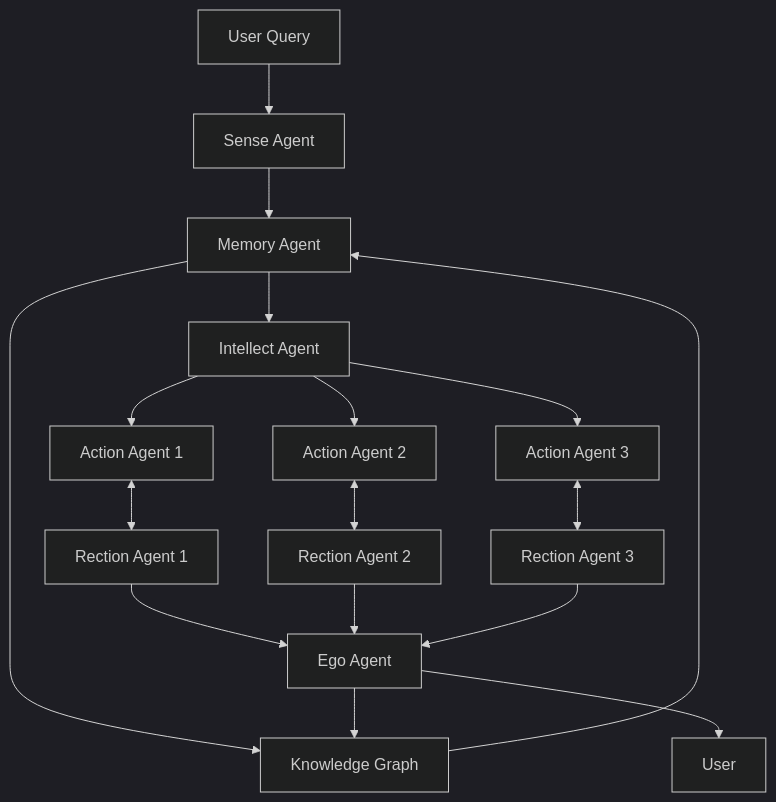
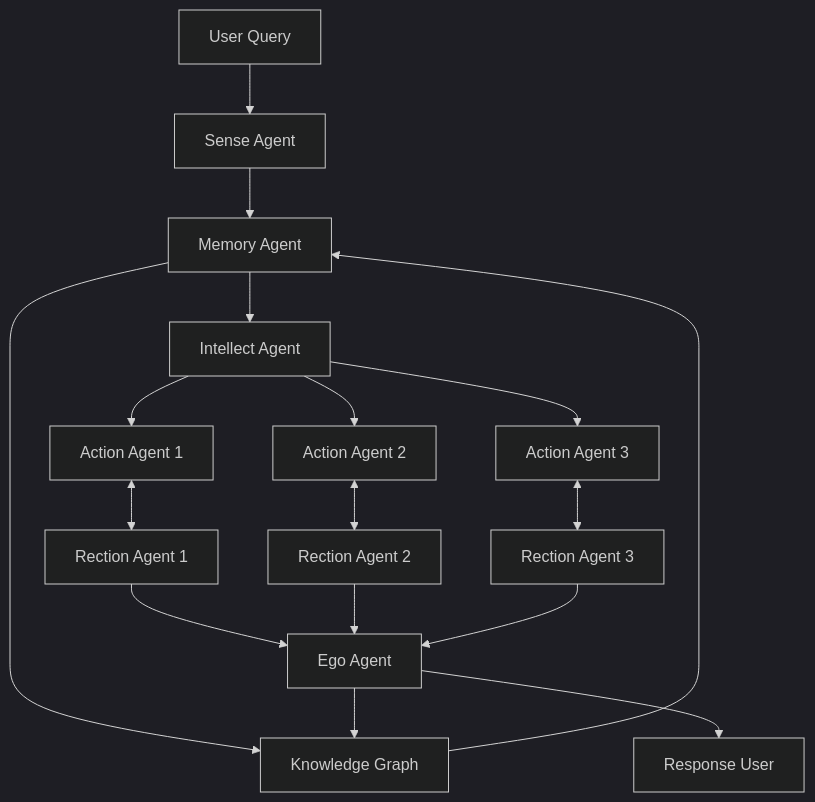
One commit to Mindverse-Computing/algoverse changed the diagram in README.md. Above: the diagram before and after it, drawn with Mermaid (dark theme).

````diff
--- a/README.md
+++ b/README.md
@@ -78,19 +78,19 @@
 ```mermaid
 graph TD
   A[User Query] --> S[Sense Agent]
   S --> M[Memory Agent]
   M --> I[Intellect Agent]
   M --> G[Knowledge Graph]
   G --> M[Memory Agent]
   I --> A1[Action Agent 1]
   I --> A2[Action Agent 2]
   I --> A3[Action Agent 3]
   A1 <--> R1[Rection Agent 1]
   A2 <--> R2[Rection Agent 2]
   A3 <--> R3[Rection Agent 3]
   R1 --> E[Ego Agent]
   R2 --> E[Ego Agent]
   R3 --> E[Ego Agent]
   E --> G[Knowledge Graph]
-  E --> U[User]
+  E --> U[Response User]
 ```
````
